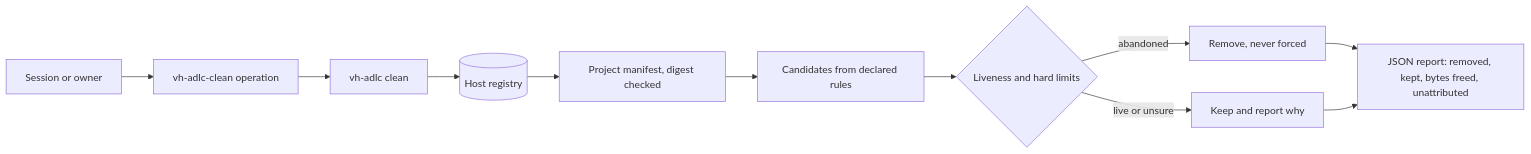
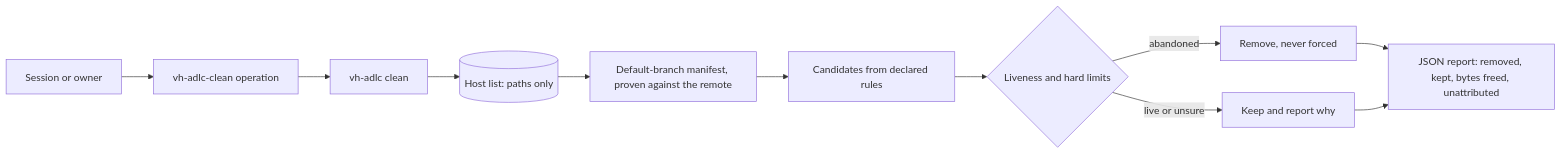
Before and after one commit to michielvha/vh-adlc: the diagram in docs/specs/host-cleanup.md, drawn with Mermaid. The commit also changed other lines of this file and 1 other file, not shown here.

First line of the commit message:
docs: fold owner answers into host cleanup and draft YAML settings [skip ci]

````diff
--- a/docs/specs/host-cleanup.md
+++ b/docs/specs/host-cleanup.md
@@ -179,13 +212,13 @@
 ```mermaid
 flowchart LR
   S[Session or owner] --> K[vh-adlc-clean operation]
   K --> C[vh-adlc clean]
-  C --> R[(Host registry)]
-  R --> M[Project manifest, digest checked]
-  M --> P[Candidates from declared rules]
+  C --> H[(Host list: paths only)]
+  H --> V[Default-branch manifest, proven against the remote]
+  V --> P[Candidates from declared rules]
   P --> L{Liveness and hard limits}
   L -- abandoned --> X[Remove, never forced]
   L -- live or unsure --> Y[Keep and report why]
   X --> O[JSON report: removed, kept, bytes freed, unattributed]
   Y --> O
 ```
````
